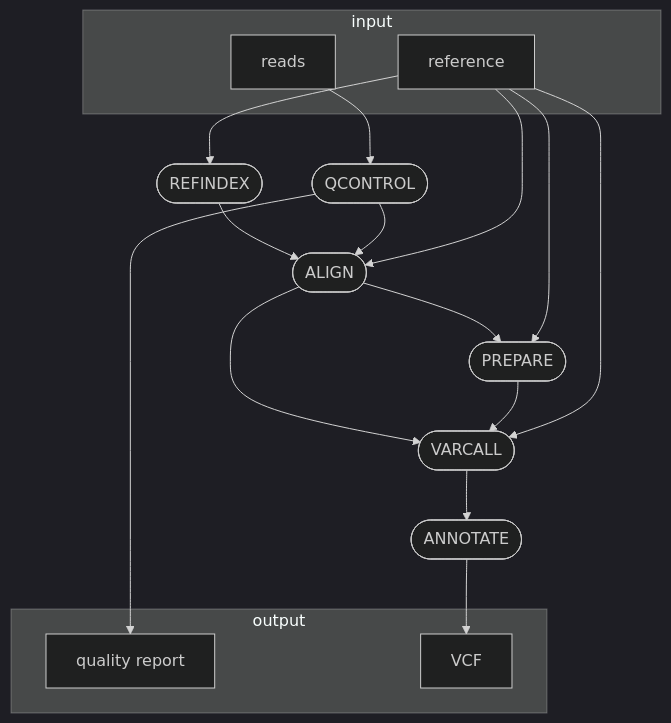
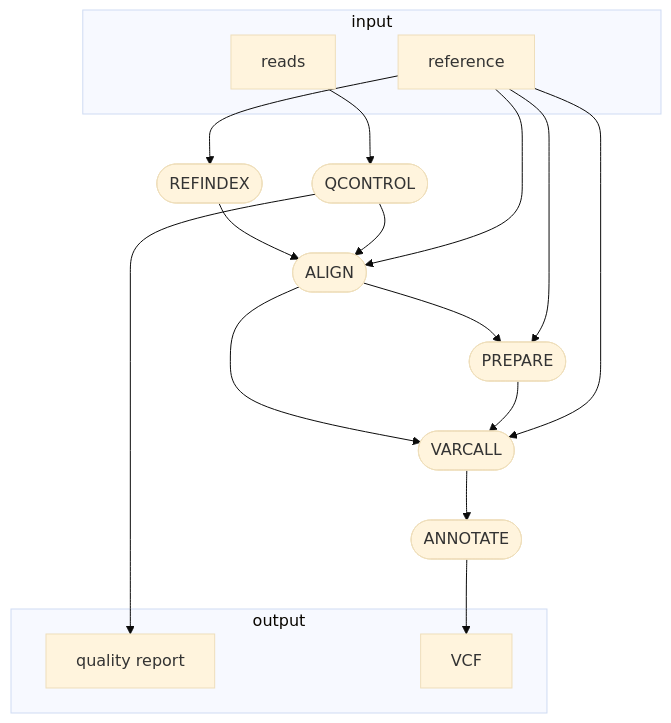
Before and after one commit to glebus-sasha/deepvariant_nf: the diagram in README.md, drawn with Mermaid.

````diff
--- a/README.md
+++ b/README.md
@@ -5,31 +5,31 @@
 ```mermaid
-%%{init: {'theme':'dark'}}%%
+%%{init: {'theme':'base'}}%%
 flowchart TB
     subgraph "input"
     v0["reads"]
     v1["reference"]
     end
     v2([REFINDEX])
     v3([QCONTROL])
     subgraph "output"
     v4["quality report"]
     v14["VCF"]
     end
     v6([ALIGN])
     v8([PREPARE])
     v10([VARCALL])
     v13([ANNOTATE])
     v0 --> v3
     v1 --> v2
     v2 --> v6
     v3 --> v6
     v3 --> v4
     v1 --> v6
     v6 --> v8
     v6 --> v10
     v1 --> v8
     v8 --> v10
     v1 --> v10
     v10 --> v13
     v13 --> v14
 ```
````
